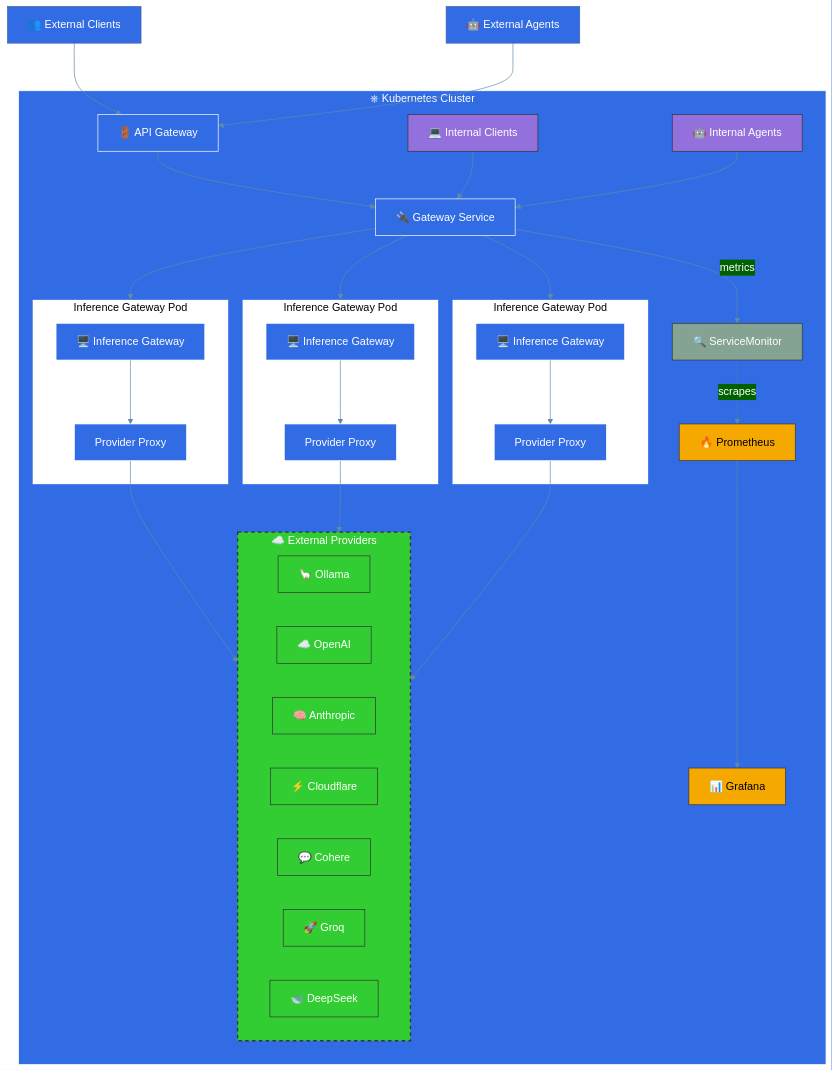
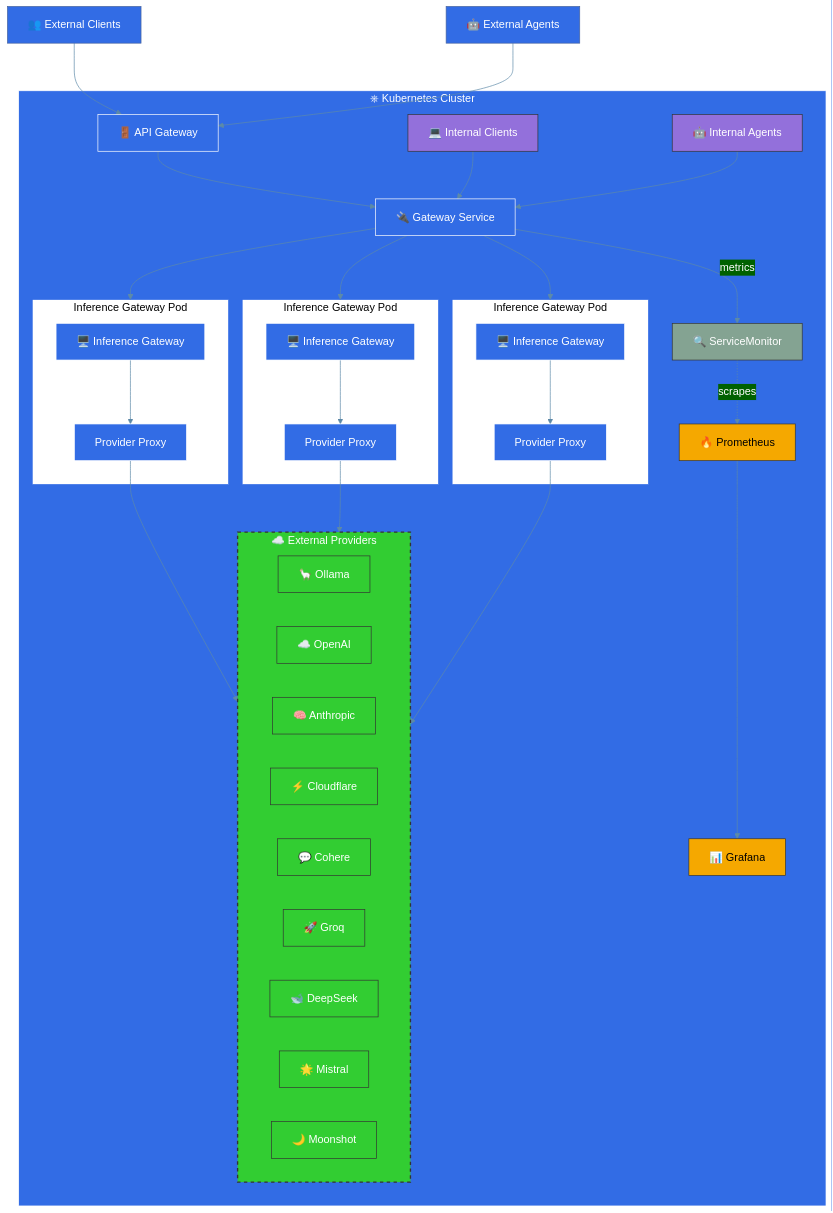
Before and after one commit to inference-gateway/docs: the second of 2 diagrams in markdown/architecture-overview.mdx, drawn with Mermaid. The commit also changed other lines of this file and 5 other files, not shown here.

First line of the commit message:
docs: Add Mistral and Moonshot provider documentation

````diff
--- a/markdown/architecture-overview.mdx
+++ b/markdown/architecture-overview.mdx
@@ -51,78 +53,80 @@
 ```mermaid
 %%{init: {'theme': 'base', 'themeVariables': { 'primaryColor': '#326CE5', 'primaryTextColor': '#fff', 'lineColor': '#5D8AA8', 'secondaryColor': '#006100' }, 'fontFamily': 'Arial', 'flowchart': {'nodeSpacing': 50, 'rankSpacing': 70, 'padding': 15}}}%%
 
 graph TD
     %% External Clients
     Clients["👥 External Clients"] --> Ingress
     Agents["🤖 External Agents"] --> Ingress
 
     %% Define Kubernetes border
     subgraph Kubernetes["⎈ Kubernetes Cluster"]
         %% Ingress/API Gateway
         Ingress["🚪 API Gateway"] --> Service
 
         %% Internal Clients
         InternalClients["💻 Internal Clients"] --> Service
         InternalAgents["🤖 Internal Agents"] --> Service
 
         %% Service Discovery
         Service["🔌 Gateway Service"] --> Pod1
         Service --> Pod2
         Service --> Pod3
 
         %% Pods
         subgraph Pod1["Inference Gateway Pod"]
             IG1["🖥️ Inference Gateway"]
             IG1 --> PG1["Provider Proxy"]
         end
 
         subgraph Pod2["Inference Gateway Pod"]
             IG2["🖥️ Inference Gateway"]
             IG2 --> PG2["Provider Proxy"]
         end
 
         subgraph Pod3["Inference Gateway Pod"]
             IG3["🖥️ Inference Gateway"]
             IG3 --> PG3["Provider Proxy"]
         end
 
         %% Monitoring Stack with ServiceMonitor
         Service --> |metrics| SM["🔍 ServiceMonitor"]
         SM -.->|scrapes| Prometheus["🔥 Prometheus"]
         Prometheus --> Grafana["📊 Grafana"]
 
         %% Connection to External Providers
         PG1 & PG2 & PG3 --> ExternalProviders
 
         %% External Providers placed inside K8s subgraph but visually separate
         subgraph ExternalProviders["☁️ External Providers"]
             Ext1["🦙 Ollama"]
             Ext2["☁️ OpenAI"]
             Ext3["🧠 Anthropic"]
             Ext4["⚡ Cloudflare"]
             Ext5["💬 Cohere"]
             Ext6["🚀 Groq"]
             Ext7["🐋 DeepSeek"]
+            Ext8["🌟 Mistral"]
+            Ext9["🌙 Moonshot"]
         end
     end
 
     %% Define styles
     classDef k8s fill:#326CE5,stroke:#fff,stroke-width:1px,color:white;
     classDef pod fill:#FFFFFF,stroke:#326CE5,stroke-width:1px,color:black;
     classDef monitoring fill:#F5A800,stroke:#333,stroke-width:1px,color:black;
     classDef externalSvc fill:#32CD32,stroke:#333,stroke-width:1px,color:white;
     classDef service fill:#326CE5,stroke:#fff,stroke-width:1px,color:white;
     classDef monitor fill:#84a392,stroke:#333,stroke-width:1px,color:white;
     classDef internalClient fill:#9370DB,stroke:#333,stroke-width:1px,color:white;
     classDef extProviders fill:#32CD32,stroke:#333,stroke-width:2px,color:white,stroke-dasharray:5;
 
     %% Apply styles
     class Kubernetes,Ingress,Service k8s;
     class Pod1,Pod2,Pod3 pod;
     class Prometheus,Grafana monitoring;
     class SM monitor;
-    class Ext1,Ext2,Ext3,Ext4,Ext5,Ext6,Ext7 externalSvc;
+    class Ext1,Ext2,Ext3,Ext4,Ext5,Ext6,Ext7,Ext8,Ext9 externalSvc;
     class IG1,IG2,IG3,PG1,PG2,PG3 service;
     class InternalClients,InternalAgents internalClient;
     class ExternalProviders extProviders;
 ```
````
